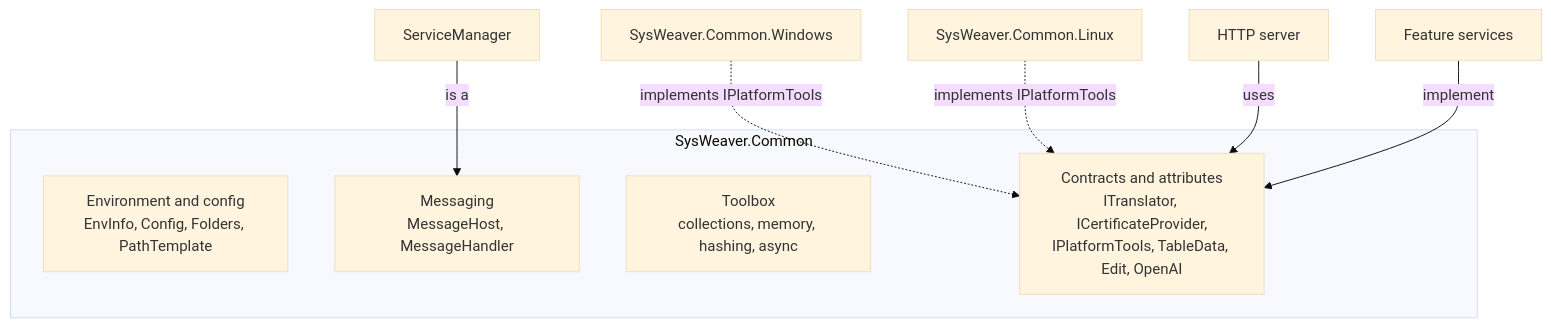
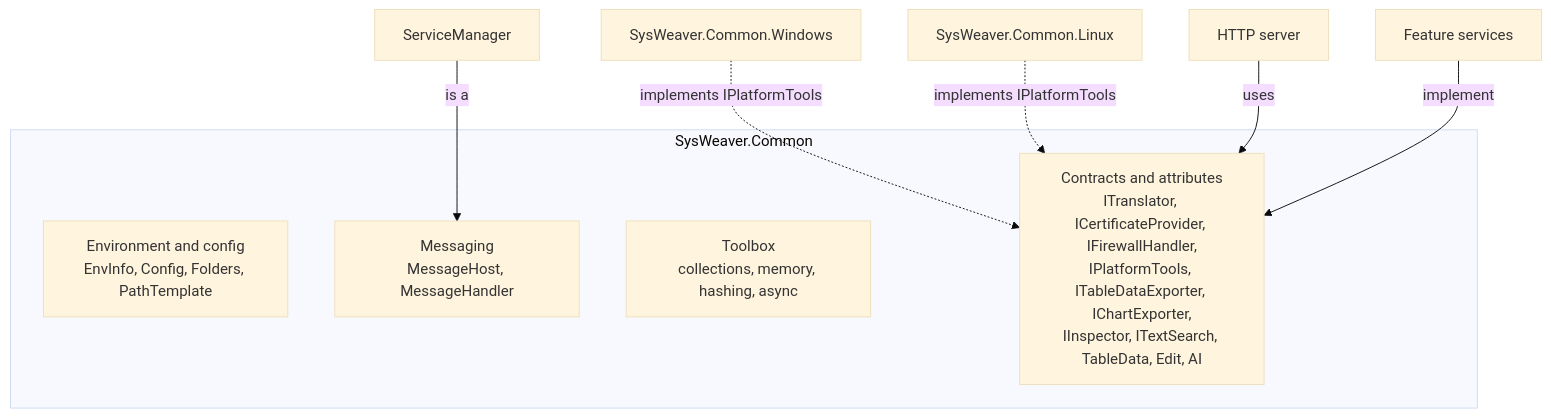
The diagram in SysWeaver.Common/README.md (dosh1974/SysWeaver), drawn with Mermaid (base theme) before and after one commit. The commit also changed other lines of this file and 537 other files, not shown here.

````diff
--- a/SysWeaver.Common/README.md
+++ b/SysWeaver.Common/README.md
@@ -23,14 +23,14 @@
 ```mermaid
 flowchart TB
   subgraph Common["SysWeaver.Common"]
     Env["Environment and config<br/>EnvInfo, Config, Folders, PathTemplate"]
     Msg["Messaging<br/>MessageHost, MessageHandler"]
     Tools["Toolbox<br/>collections, memory, hashing, async"]
-    Contracts["Contracts and attributes<br/>ITranslator, ICertificateProvider,<br/>IPlatformTools, TableData, Edit, OpenAI"]
+    Contracts["Contracts and attributes<br/>ITranslator, ICertificateProvider, IFirewallHandler,<br/>IPlatformTools, ITableDataExporter, IChartExporter,<br/>IInspector, ITextSearch, TableData, Edit, AI"]
   end
   Win["SysWeaver.Common.Windows"] -.->|implements IPlatformTools| Contracts
   Lin["SysWeaver.Common.Linux"] -.->|implements IPlatformTools| Contracts
   SM["ServiceManager"] -->|is a| Msg
   Http["HTTP server"] -->|uses| Contracts
   Features["Feature services"] -->|implement| Contracts
 ```
````
